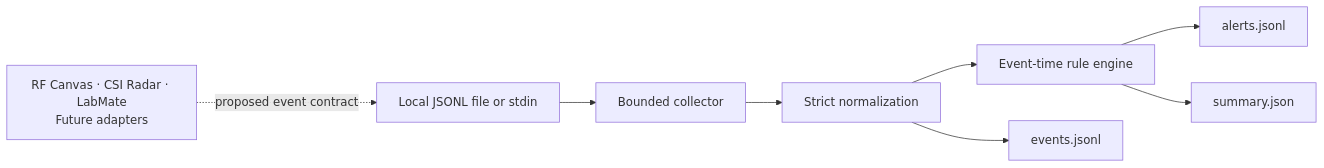
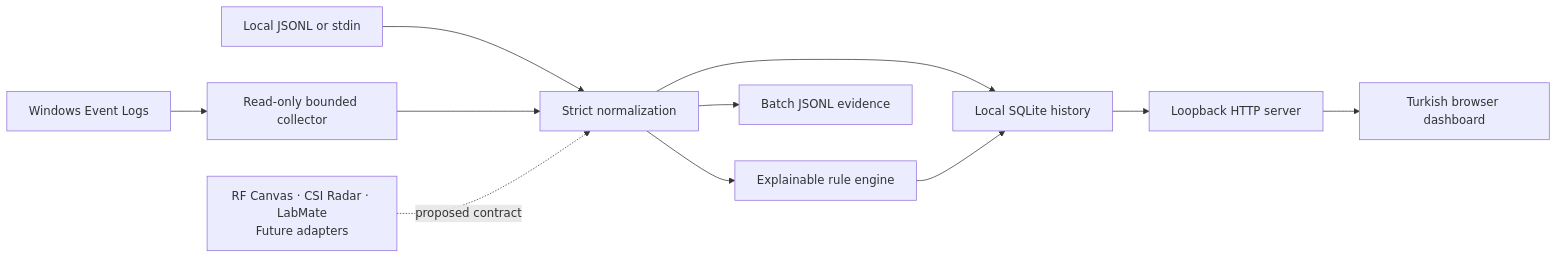
One commit to sehmusadsoy-ui/sauron-sentinel changed the diagram in README.md. Above: the diagram before and after it, drawn with Mermaid. The commit also changed other lines of this file and 29 other files, not shown here.

Commit message:
feat: add real Windows monitoring and local security dashboard

````diff
--- a/README.md
+++ b/README.md
@@ -110,10 +130,13 @@
 ```mermaid
 flowchart LR
-    A[Local JSONL file or stdin] --> B[Bounded collector]
-    B --> C[Strict normalization]
-    C --> D[Event-time rule engine]
-    C --> E[events.jsonl]
-    D --> F[alerts.jsonl]
-    D --> G[summary.json]
-    H[RF Canvas · CSI Radar · LabMate<br/>Future adapters] -. proposed event contract .-> A
+    W[Windows Event Logs] --> C[Read-only bounded collector]
+    J[Local JSONL or stdin] --> N[Strict normalization]
+    C --> N
+    N --> R[Explainable rule engine]
+    N --> S[Local SQLite history]
+    R --> S
+    S --> H[Loopback HTTP server]
+    H --> D[Turkish browser dashboard]
+    N --> E[Batch JSONL evidence]
+    F[RF Canvas · CSI Radar · LabMate<br/>Future adapters] -. proposed contract .-> N
 ```
````
